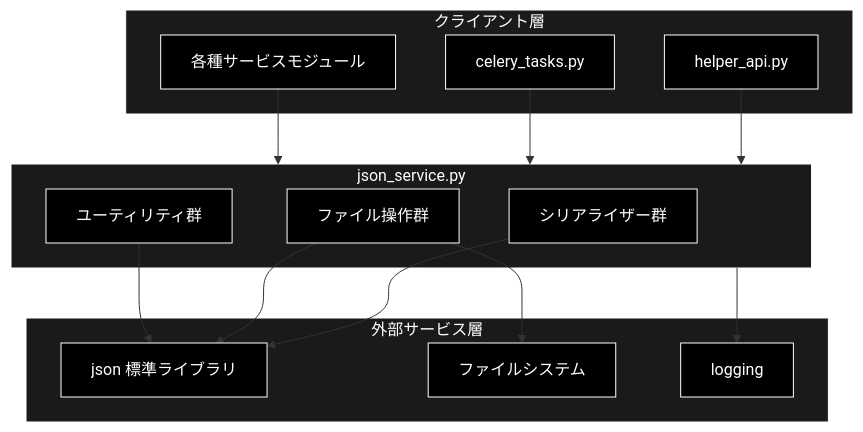
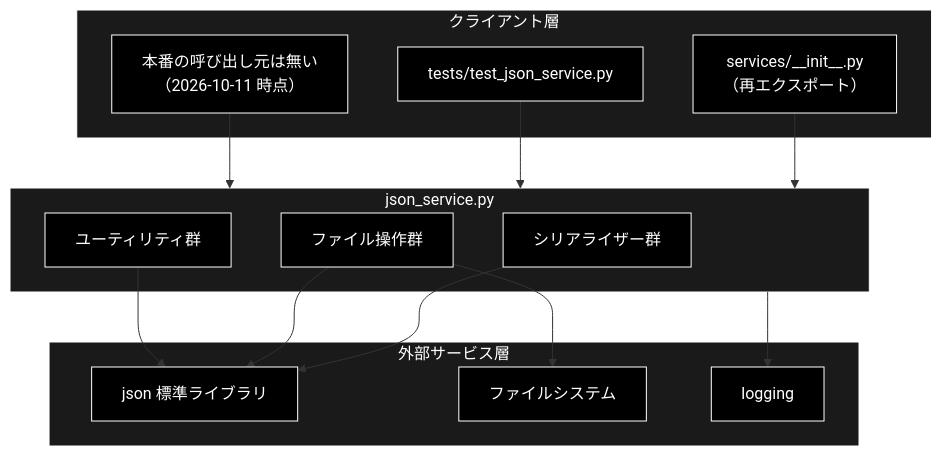
The first of 3 diagrams in services/docs/json_service.md (nakashima2toshio/grace_v2_local), drawn with Mermaid before and after one commit. The commit also changed other lines of this file and 19 other files, not shown here.

````diff
--- a/services/docs/json_service.md
+++ b/services/docs/json_service.md
@@ -66,35 +66,35 @@
 ```mermaid
 flowchart TB
     subgraph CLIENT["クライアント層"]
-        HELPER["helper_api.py"]
-        TASKS["celery_tasks.py"]
-        SERVICES["各種サービスモジュール"]
+        HELPER["services/__init__.py<br>（再エクスポート）"]
+        TASKS["tests/test_json_service.py"]
+        SERVICES["本番の呼び出し元は無い<br>（2026-10-11 時点）"]
     end
 
     subgraph MODULE["json_service.py"]
         SER["シリアライザー群"]
         FILE["ファイル操作群"]
         UTIL["ユーティリティ群"]
     end
 
     subgraph EXTERNAL["外部サービス層"]
         STDJSON["json 標準ライブラリ"]
         FS["ファイルシステム"]
         LOG["logging"]
     end
 
     HELPER --> MODULE
     TASKS --> MODULE
     SERVICES --> MODULE
     SER --> STDJSON
     FILE --> FS
     FILE --> STDJSON
     UTIL --> STDJSON
     MODULE --> LOG
 classDef default fill:#000,stroke:#fff,color:#fff
 classDef subgraphStyle fill:#1a1a1a,stroke:#fff,color:#fff
 class HELPER,TASKS,SERVICES,SER,FILE,UTIL,STDJSON,FS,LOG default
 style CLIENT fill:#1a1a1a,stroke:#fff,color:#fff
 style MODULE fill:#1a1a1a,stroke:#fff,color:#fff
 style EXTERNAL fill:#1a1a1a,stroke:#fff,color:#fff
 ```
````
